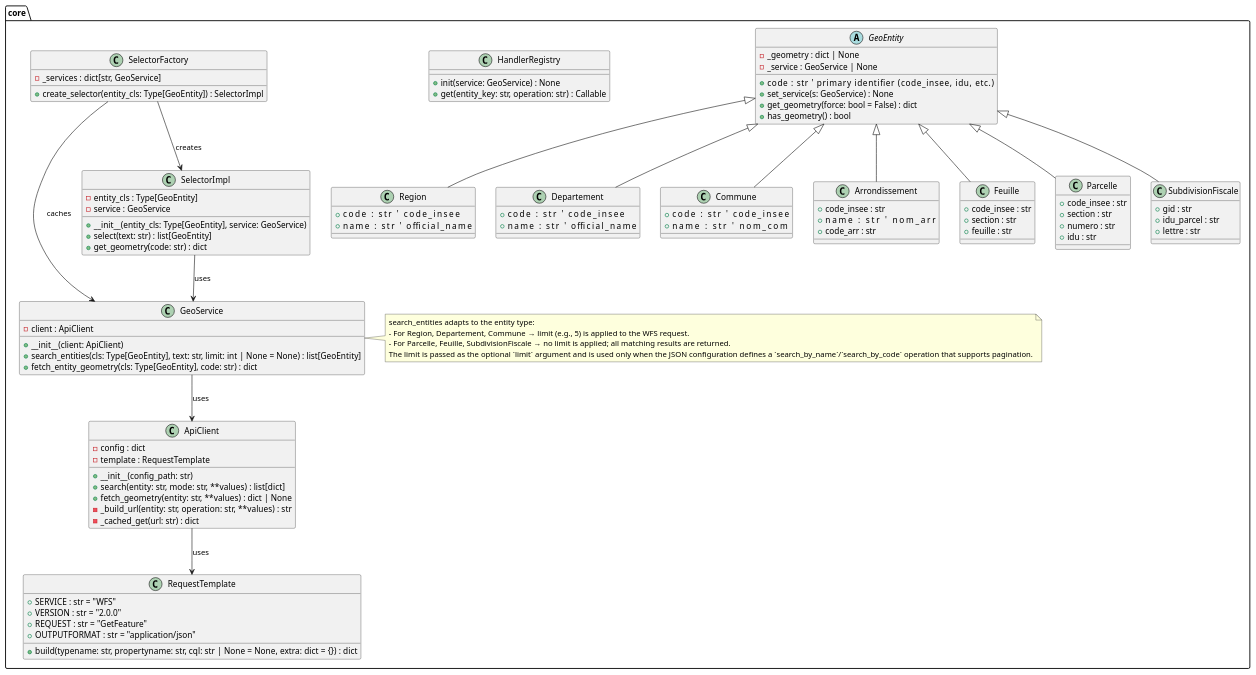
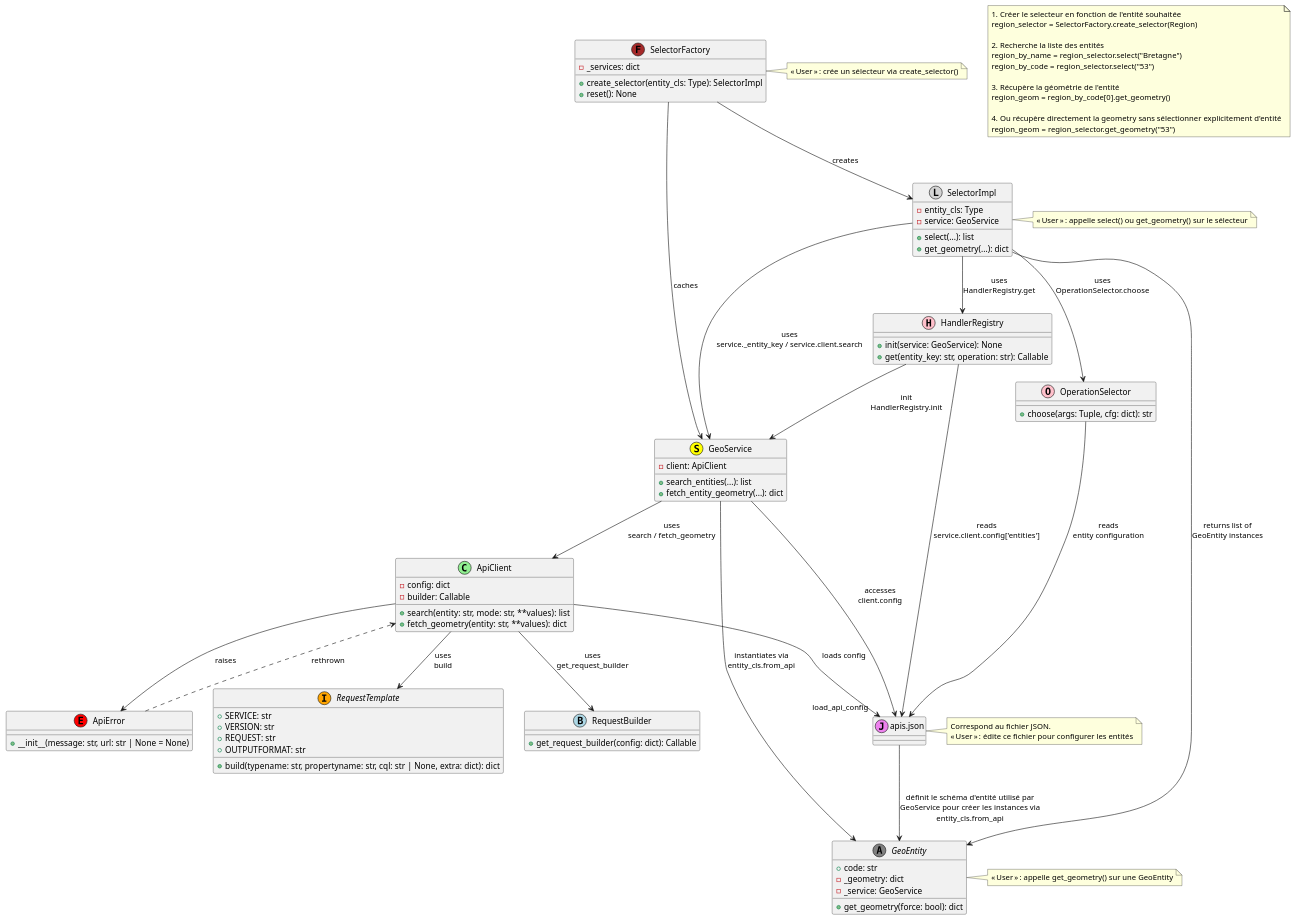
One commit to yan-sln/geoselector changed the diagram in architecture.puml. Above: the diagram before and after it, drawn with PlantUML.

Commit message:
màj UML

```diff
--- a/architecture.puml
+++ b/architecture.puml
@@ -1,120 +1,121 @@
 @startuml
 ' ==========================================================
 ' Packages and core components
 ' ==========================================================
-package core {
+note as N1
+# Créer le selecteur en fonction de l'entité souhaitée
+region_selector = SelectorFactory.create_selector(Region)
 
-    ' ---------- Request template ----------
-    class RequestTemplate {
-        +SERVICE : str = "WFS"
-        +VERSION : str = "2.0.0"
-        +REQUEST : str = "GetFeature"
-        +OUTPUTFORMAT : str = "application/json"
-        +build(typename: str, propertyname: str, cql: str | None = None, extra: dict = {}) : dict
+# Recherche la liste des entités
+region_by_name = region_selector.select("Bretagne")
+region_by_code = region_selector.select("53")
+
+# Récupère la géométrie de l'entité
+region_geom = region_by_code[0].get_geometry()
+
+# Ou récupère directement la geometry sans sélectionner explicitement d'entité
+region_geom = region_selector.get_geometry("53")
+end note
+
+    class "ApiError" as ApiError << (E,red) >> {
+        +__init__(message: str, url: str | None = None)
     }
 
-    ' ---------- API client ----------
-    class ApiClient {
-        -config : dict
-        -template : RequestTemplate
-        +__init__(config_path: str)
-        +search(entity: str, mode: str, **values) : list[dict]
-        +fetch_geometry(entity: str, **values) : dict | None
-        -_build_url(entity: str, operation: str, **values) : str
-        -_cached_get(url: str) : dict
+    interface "RequestTemplate" as RequestTemplate << (I,orange) >> {
+        +SERVICE: str
+        +VERSION: str
+        +REQUEST: str
+        +OUTPUTFORMAT: str
+        +build(typename: str, propertyname: str, cql: str | None, extra: dict): dict
     }
 
-    ' ---------- GeoEntity (minimal + attributes from JSON) ----------
-    abstract class GeoEntity {
-        +code : str                ' primary identifier (code_insee, idu, etc.)
-        -_geometry : dict | None
-        -_service : GeoService | None
-        +set_service(s: GeoService) : None
-        +get_geometry(force: bool = False) : dict
-        +has_geometry() : bool
+    class "RequestBuilder" as RequestBuilder << (B,lightblue) >> {
+        +get_request_builder(config: dict): Callable
     }
 
-    class Region {
-        +code : str                ' code_insee
-        +name : str                ' official_name
-    }
-    class Departement {
-        +code : str                ' code_insee
-        +name : str                ' official_name
-    }
-    class Commune {
-        +code : str                ' code_insee
-        +name : str                ' nom_com
-    }
-    class Arrondissement {
-        +code_insee : str
-        +name : str                ' nom_arr
-        +code_arr : str
-    }
-    class Feuille {
-        +code_insee : str
-        +section : str
-        +feuille : str
-    }
-    class Parcelle {
-        +code_insee : str
-        +section : str
-        +numero : str
-        +idu : str
-    }
-    class SubdivisionFiscale {
-        +gid : str
-        +idu_parcel : str
-        +lettre : str
+    class "ApiClient" as ApiClient << (C,lightgreen) >> {
+        -config: dict
+        -builder: Callable
+        +search(entity: str, mode: str, **values): list
+        +fetch_geometry(entity: str, **values): dict
     }
 
-    GeoEntity <|-- Region
-    GeoEntity <|-- Departement
-    GeoEntity <|-- Commune
-    GeoEntity <|-- Arrondissement
-    GeoEntity <|-- Feuille
-    GeoEntity <|-- Parcelle
-    GeoEntity <|-- SubdivisionFiscale
-
-    ' ---------- Service ----------
-    class GeoService {
-        -client : ApiClient
-        +__init__(client: ApiClient)
-        +search_entities(cls: Type[GeoEntity], text: str, limit: int | None = None) : list[GeoEntity]
-        +fetch_entity_geometry(cls: Type[GeoEntity], code: str) : dict
+    class "apis.json" as ApisConfig << (J,violet) >> {
     }
-    note right of GeoService
-        search_entities adapts to the entity type:
-        - For Region, Departement, Commune → limit (e.g., 5) is applied to the WFS request.
-        - For Parcelle, Feuille, SubdivisionFiscale → no limit is applied; all matching results are returned.
-        The limit is passed as the optional `limit` argument and is used only when the JSON configuration defines a `search_by_name`/`search_by_code` operation that supports pagination.
+    note right of ApisConfig
+        Correspond au fichier JSON.
+        « User » : édite ce fichier pour configurer les entités
     end note
 
-    ' ---------- Selector ----------
-    class SelectorImpl {
-        -entity_cls : Type[GeoEntity]
-        -service : GeoService
-        +__init__(entity_cls: Type[GeoEntity], service: GeoService)
-        +select(text: str) : list[GeoEntity]
-        +get_geometry(code: str) : dict
+    abstract class "GeoEntity" as GeoEntity << (A,gray) >> {
+        +code: str
+        -_geometry: dict
+        -_service: GeoService
+        +get_geometry(force: bool): dict
     }
-    class HandlerRegistry {
-        +init(service: GeoService) : None
-        +get(entity_key: str, operation: str) : Callable
+    note right of GeoEntity
+        « User » : appelle get_geometry() sur une GeoEntity
+    end note
+    
+    class "GeoService" as GeoService << (S,yellow) >> {
+        -client: ApiClient
+        +search_entities(...): list
+        +fetch_entity_geometry(...): dict
     }
 
-    ' ---------- Factory ----------
-    class SelectorFactory {
-        -_services : dict[str, GeoService]
-        +create_selector(entity_cls: Type[GeoEntity]) : SelectorImpl
+    class "OperationSelector" as OperationSelector << (O,pink) >> {
+        +choose(args: Tuple, cfg: dict): str
     }
-}
+    
+    class "HandlerRegistry" as HandlerRegistry << (H,pink) >> {
+        +init(service: GeoService): None
+        +get(entity_key: str, operation: str): Callable
+    }
+    
+    class "SelectorImpl" as SelectorImpl << (L,lightgray) >> {
+        -entity_cls: Type
+        -service: GeoService
+        +select(...): list
+        +get_geometry(...): dict
+    }
+    note right of SelectorImpl
+        « User » : appelle select() ou get_geometry() sur le sélecteur
+    end note
+
+    class "SelectorFactory" as SelectorFactory << (F,brown) >> {
+        -_services: dict
+        +create_selector(entity_cls: Type): SelectorImpl
+        +reset(): None
+    }
+    note right of SelectorFactory
+        « User » : crée un sélecteur via create_selector()
+    end note
+
 ' ==========================================================
-' Relations
+' Relations (exhaustive, with function names)
 ' ==========================================================
-ApiClient --> RequestTemplate : uses
-GeoService --> ApiClient : uses
-SelectorImpl --> GeoService : uses
+ApiClient --> RequestTemplate : uses\nbuild
+ApiClient --> RequestBuilder : uses\nget_request_builder
+ApiClient --> ApisConfig : loads config\n"load_api_config"
+ApiClient --> ApiError : raises
+
+GeoService --> ApiClient : uses\nsearch / fetch_geometry
+GeoService --> GeoEntity : instantiates via\nentity_cls.from_api
+GeoService --> ApisConfig : accesses\nclient.config
+
+SelectorImpl --> GeoService : uses\nservice._entity_key / service.client.search
+SelectorImpl --> HandlerRegistry : uses\nHandlerRegistry.get
+SelectorImpl --> OperationSelector : uses\nOperationSelector.choose
+SelectorImpl --> GeoEntity : returns list of\nGeoEntity instances
+
+SelectorFactory --> SelectorImpl : creates
 SelectorFactory --> GeoService : caches
-SelectorFactory --> SelectorImpl : creates
+
+HandlerRegistry --> GeoService : init\nHandlerRegistry.init
+HandlerRegistry --> ApisConfig : reads\nservice.client.config['entities']
+OperationSelector --> ApisConfig : reads\nentity configuration
+
+ApisConfig --> GeoEntity : définit le schéma d'entité utilisé par\nGeoService pour créer les instances via\nentity_cls.from_api
+
+ApiError ..> ApiClient : rethrown
 @enduml
```
